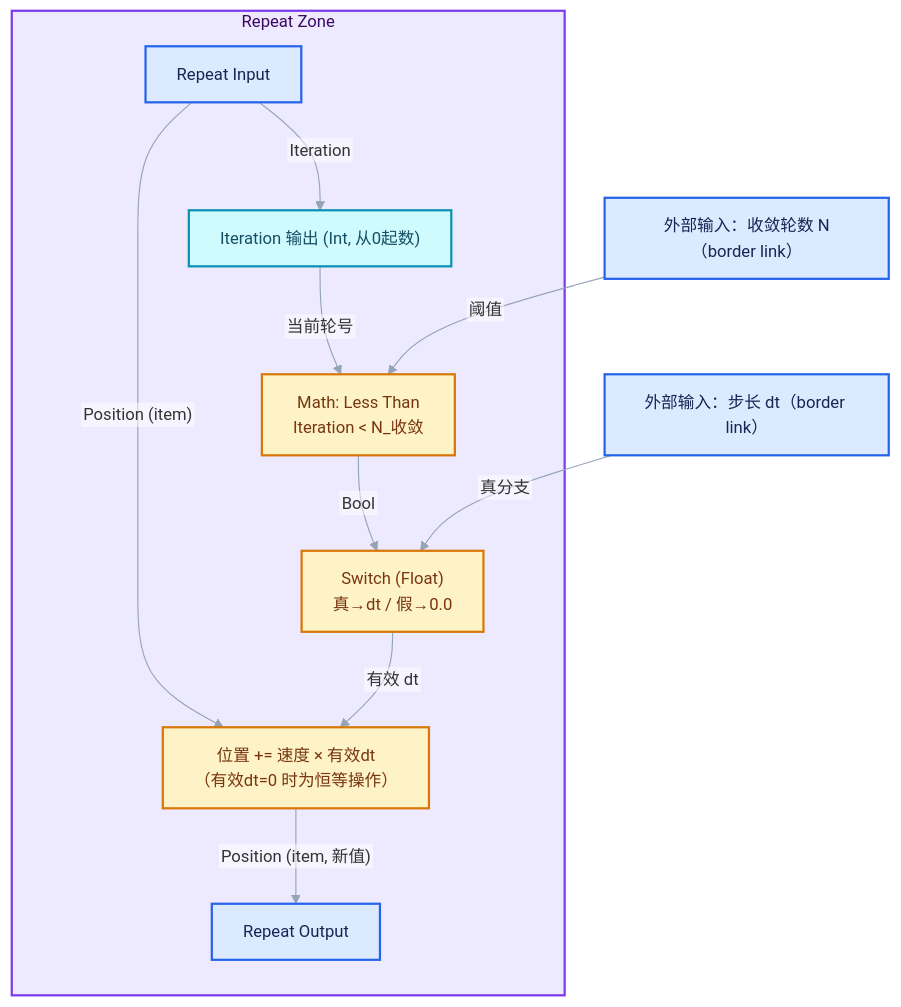
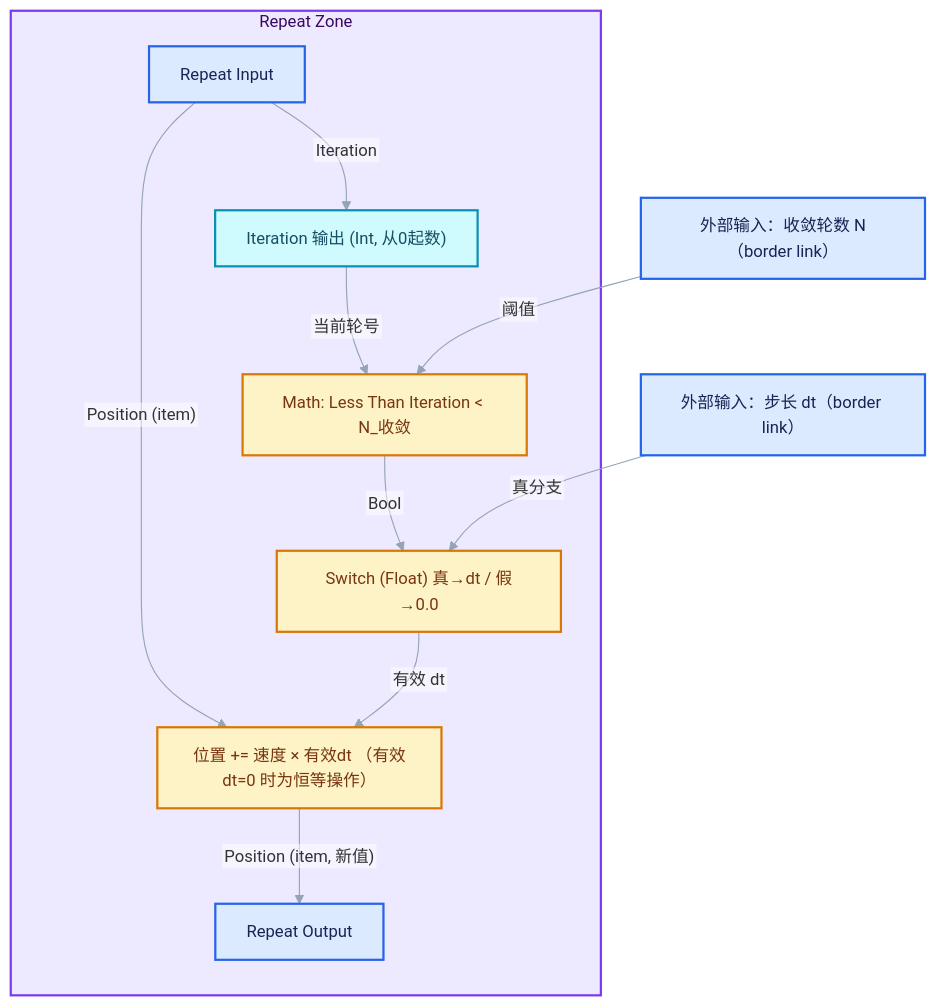
The fifth of 16 diagrams in 杂/markdown/重复区域-dsh/06-实战与性能/01-使用模式与迭代设计.md (yunkezengren/blender-.vscode), drawn with Mermaid before and after one commit. The commit also changed other lines of this file and 27 other files, not shown here.

````diff
--- a/杂/markdown/重复区域-dsh/06-实战与性能/01-使用模式与迭代设计.md
+++ b/杂/markdown/重复区域-dsh/06-实战与性能/01-使用模式与迭代设计.md
@@ -303,30 +297,30 @@
 ```mermaid
 %%{init: {"theme":"base","themeVariables":{"fontFamily":"\"Segoe UI\",\"Microsoft YaHei\",sans-serif","fontSize":"15px","lineColor":"#94A3B8","edgeLabelBackground":"#FFFFFF","clusterBkg":"#F8FAFC","clusterBorder":"#CBD5E1"},"flowchart":{"htmlLabels":false,"curve":"basis","nodeSpacing":52,"rankSpacing":64,"padding":14,"diagramPadding":16,"useMaxWidth":true},"sequence":{"useMaxWidth":true,"wrap":true,"mirrorActors":false,"messageMargin":36}}}%%
 flowchart TB
     subgraph ZONE["Repeat Zone"]
         RI["Repeat Input"]:::input
         ITER["Iteration 输出 (Int, 从0起数)"]:::data
-        CMP["Math: Less Than<br/>Iteration < N_收敛"]:::compute
-        SEL["Switch (Float)<br/>真→dt / 假→0.0"]:::compute
-        CALC["位置 += 速度 × 有效dt<br/>（有效dt=0 时为恒等操作）"]:::compute
+        CMP["Math: Less Than Iteration < N_收敛"]:::compute
+        SEL["Switch (Float) 真→dt / 假→0.0"]:::compute
+        CALC["位置 += 速度 × 有效dt （有效dt=0 时为恒等操作）"]:::compute
 
         RI -- "Iteration" --> ITER
         ITER -- "当前轮号" --> CMP
         CMP -- "Bool" --> SEL
         SEL -- "有效 dt" --> CALC
         RI -- "Position (item)" --> CALC
         CALC -- "Position (item, 新值)" --> RO["Repeat Output"]:::input
     end
     N["外部输入：收敛轮数 N（border link）"]:::input
     N -- "阈值" --> CMP
     DT["外部输入：步长 dt（border link）"]:::input
     DT -- "真分支" --> SEL
 
     class ZONE abstraction;
     classDef input fill:#DBEAFE,stroke:#2563EB,color:#172554,stroke-width:2px;
     classDef data fill:#CFFAFE,stroke:#0891B2,color:#164E63,stroke-width:2px;
     classDef abstraction fill:#EDE9FE,stroke:#7C3AED,color:#3B0764,stroke-width:2px;
     classDef compute fill:#FEF3C7,stroke:#D97706,color:#78350F,stroke-width:2px;
     classDef result fill:#DCFCE7,stroke:#16A34A,color:#14532D,stroke-width:2px;
     classDef error fill:#FEE2E2,stroke:#DC2626,color:#7F1D1D,stroke-width:2px;
 ```
````
